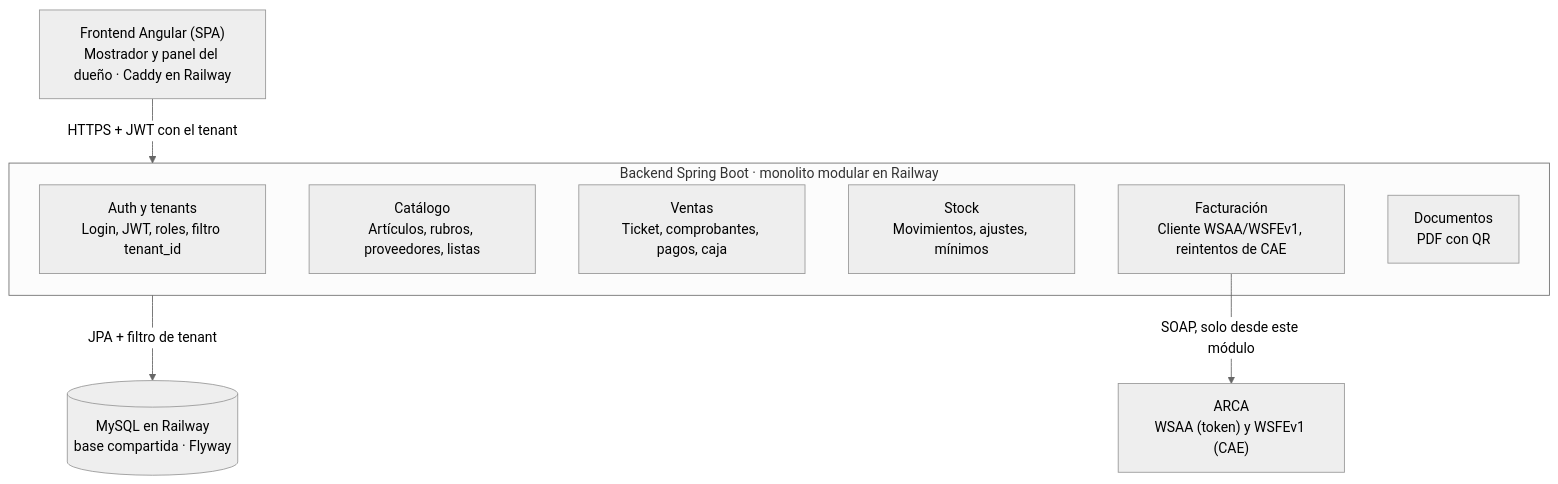
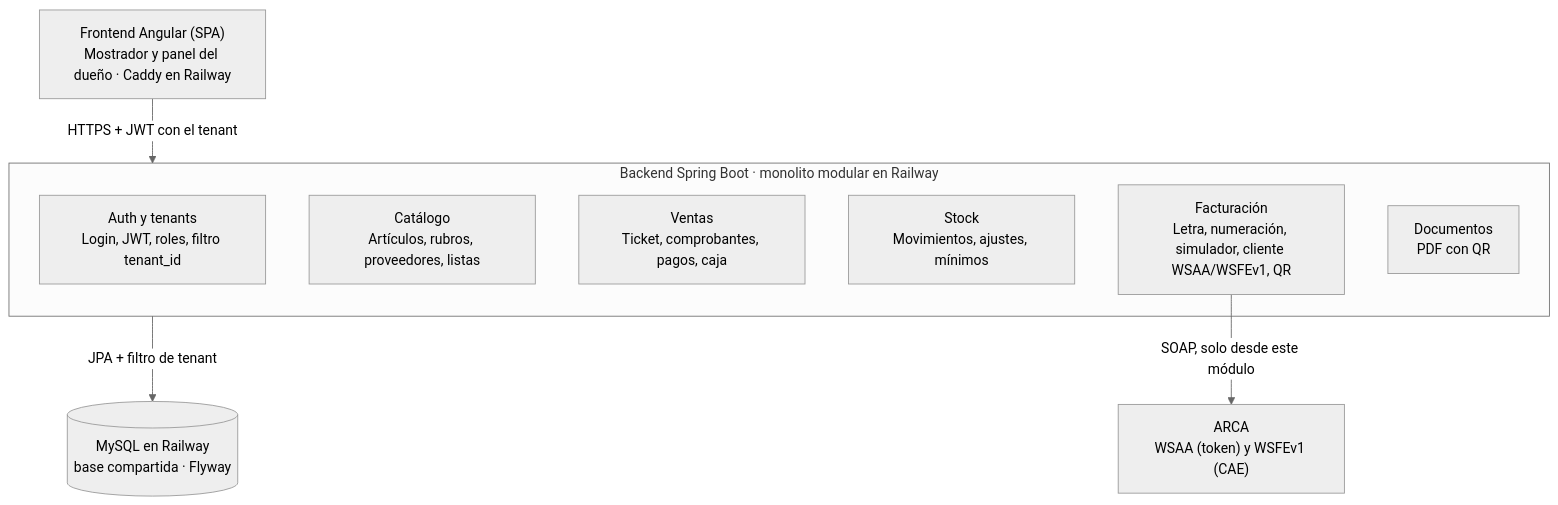
One commit to luca884/ferreteria changed the diagram in docs/spec.md. Above: the diagram before and after it, drawn with Mermaid (neutral theme). The commit also changed other lines of this file, not shown here.

Commit message:
docs: la spec suma D2 y D3 de facturación (tabla A/B/C vigente, ambiente, simulador, registro fiscal y numeración)

````diff
--- a/docs/spec.md
+++ b/docs/spec.md
@@ -400,17 +457,17 @@
 ```mermaid
 flowchart TB
     FE["Frontend Angular (SPA)<br/>Mostrador y panel del dueño · Caddy en Railway"]
     subgraph BE["Backend Spring Boot · monolito modular en Railway"]
         AUTH["Auth y tenants<br/>Login, JWT, roles, filtro tenant_id"]
         CAT["Catálogo<br/>Artículos, rubros, proveedores, listas"]
         VEN["Ventas<br/>Ticket, comprobantes, pagos, caja"]
         STK["Stock<br/>Movimientos, ajustes, mínimos"]
-        FAC["Facturación<br/>Cliente WSAA/WSFEv1, reintentos de CAE"]
+        FAC["Facturación<br/>Letra, numeración, simulador, cliente WSAA/WSFEv1, QR"]
         DOC["Documentos<br/>PDF con QR"]
     end
     DB[("MySQL en Railway<br/>base compartida · Flyway")]
     ARCA["ARCA<br/>WSAA (token) y WSFEv1 (CAE)"]
     FE -- "HTTPS + JWT con el tenant" --> BE
     BE -- "JPA + filtro de tenant" --> DB
     FAC -- "SOAP, solo desde este módulo" --> ARCA
 ```
````
